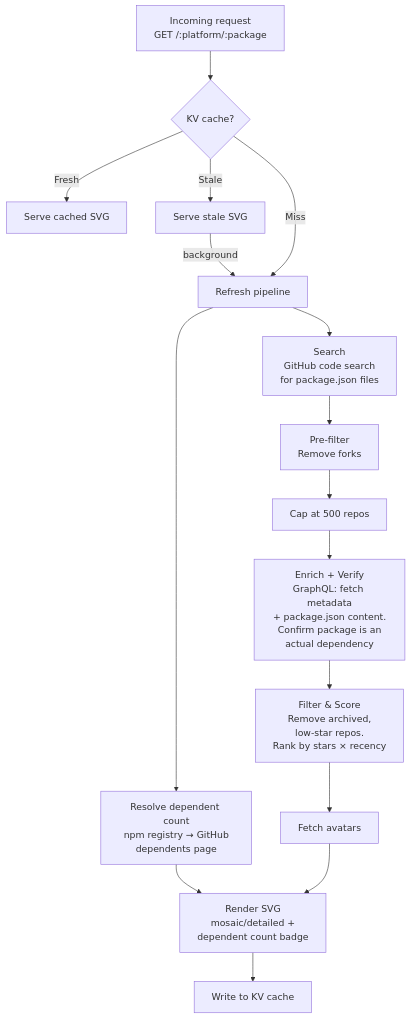
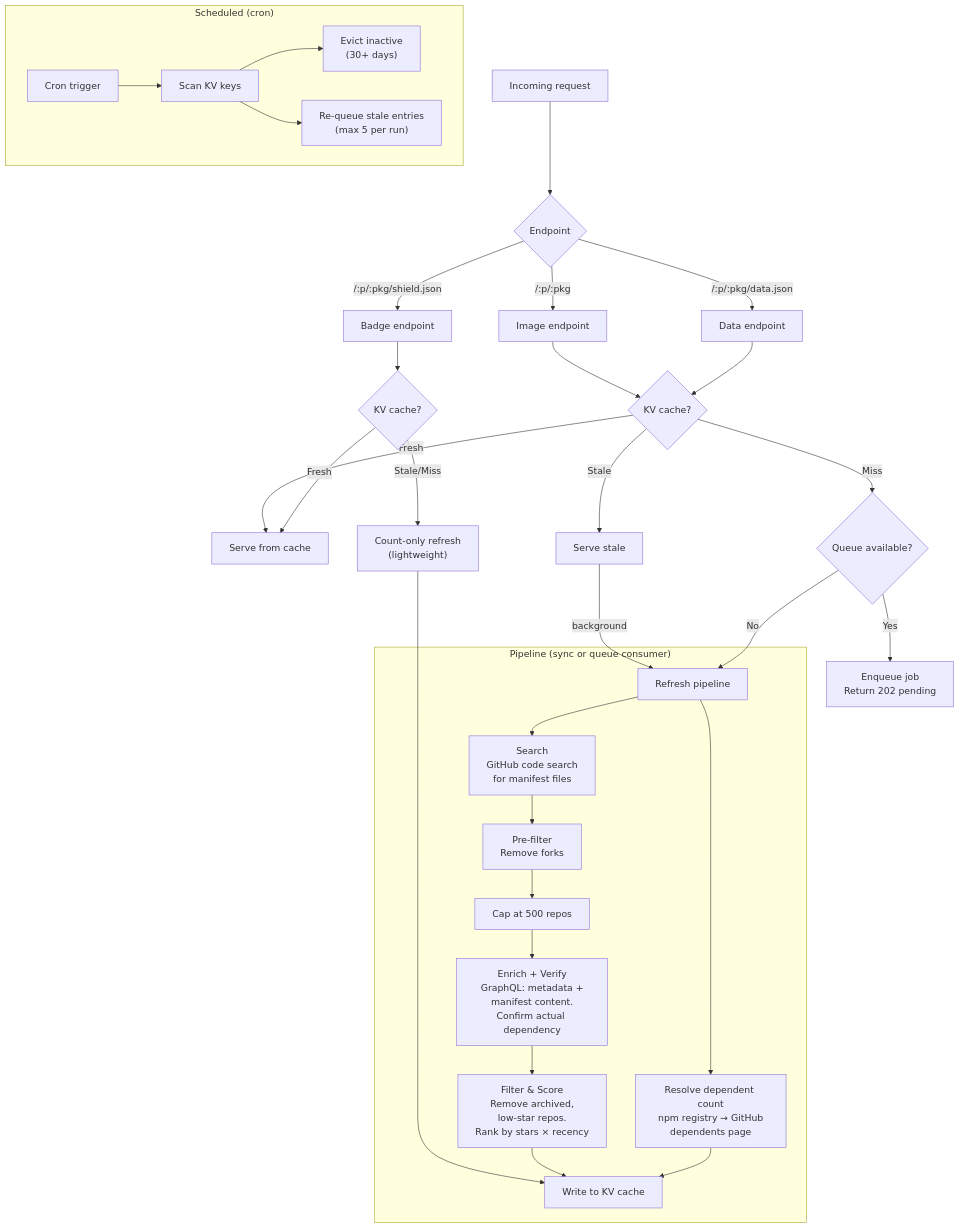
The diagram in apps/worker/README.md (sarahdayan/usedby.dev), drawn with Mermaid before and after one commit. The commit also changed other lines of this file, not shown here.

Commit message:
docs: update worker README to reflect queue architecture and new endpoints

````diff
--- a/apps/worker/README.md
+++ b/apps/worker/README.md
@@ -7,19 +7,38 @@
 ```mermaid
 flowchart TD
-    A["Incoming request<br/>GET /:platform/:package"] --> B{KV cache?}
-    B -- Fresh --> C[Serve cached SVG]
-    B -- Stale --> D[Serve stale SVG]
-    D -- background --> E[Refresh pipeline]
-    B -- Miss --> E
+    A["Incoming request"] --> B{Endpoint}
+    B -- "/:p/:pkg" --> IMG["Image endpoint"]
+    B -- "/:p/:pkg/data.json" --> DATA["Data endpoint"]
+    B -- "/:p/:pkg/shield.json" --> BADGE["Badge endpoint"]
 
-    E --> F["Search<br/>GitHub code search<br/>for package.json files"]
-    E --> F2["Resolve dependent count<br/>npm registry → GitHub<br/>dependents page"]
-    F --> G["Pre-filter<br/>Remove forks"]
-    G --> H["Cap at 500 repos"]
-    H --> I["Enrich + Verify<br/>GraphQL: fetch metadata<br/>+ package.json content.<br/>Confirm package is an<br/>actual dependency"]
-    I --> J["Filter & Score<br/>Remove archived,<br/>low-star repos.<br/>Rank by stars × recency"]
-    J --> K[Fetch avatars]
-    F2 --> L
-    K --> L["Render SVG<br/>mosaic/detailed +<br/>dependent count badge"]
-    L --> M[Write to KV cache]
+    IMG --> C{KV cache?}
+    DATA --> C
+    C -- Fresh --> D[Serve from cache]
+    C -- Stale --> E[Serve stale]
+    E -- background --> F[Refresh pipeline]
+    C -- Miss --> Q{Queue available?}
+    Q -- Yes --> ENQ["Enqueue job<br/>Return 202 pending"]
+    Q -- No --> F
+
+    BADGE --> B2{KV cache?}
+    B2 -- Fresh --> D
+    B2 -- Stale/Miss --> COR["Count-only refresh<br/>(lightweight)"]
+    COR --> KV
+
+    subgraph "Pipeline (sync or queue consumer)"
+        F --> S["Search<br/>GitHub code search<br/>for manifest files"]
+        F --> DC["Resolve dependent count<br/>npm registry → GitHub<br/>dependents page"]
+        S --> PF["Pre-filter<br/>Remove forks"]
+        PF --> CAP["Cap at 500 repos"]
+        CAP --> EN["Enrich + Verify<br/>GraphQL: metadata +<br/>manifest content.<br/>Confirm actual dependency"]
+        EN --> FS["Filter & Score<br/>Remove archived,<br/>low-star repos.<br/>Rank by stars × recency"]
+        FS --> KV["Write to KV cache"]
+        DC --> KV
+    end
+
+    subgraph "Scheduled (cron)"
+        CRON["Cron trigger"] --> SCAN["Scan KV keys"]
+        SCAN --> EVICT["Evict inactive<br/>(30+ days)"]
+        SCAN --> REFRESH["Re-queue stale entries<br/>(max 5 per run)"]
+    end
 ```
````
